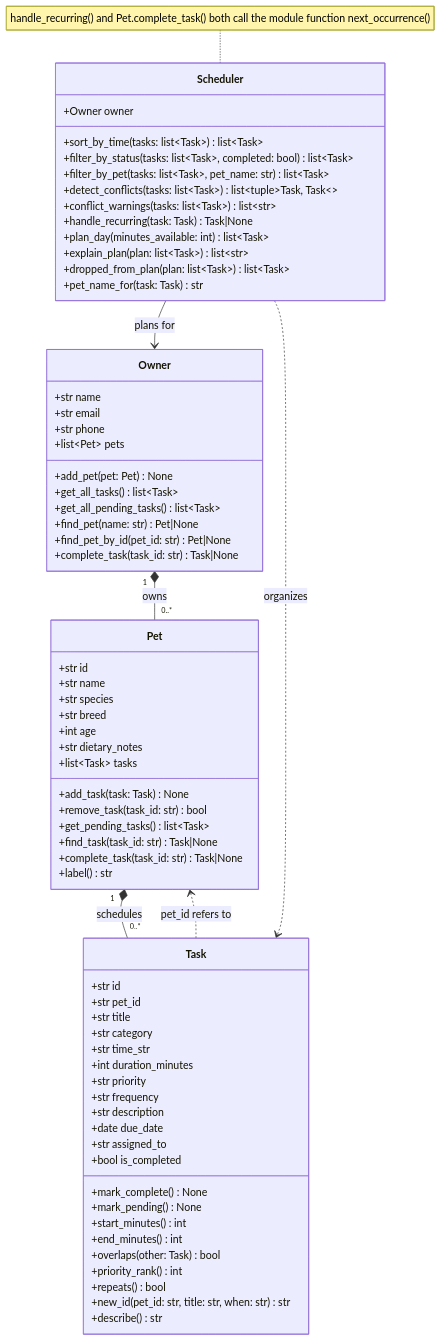
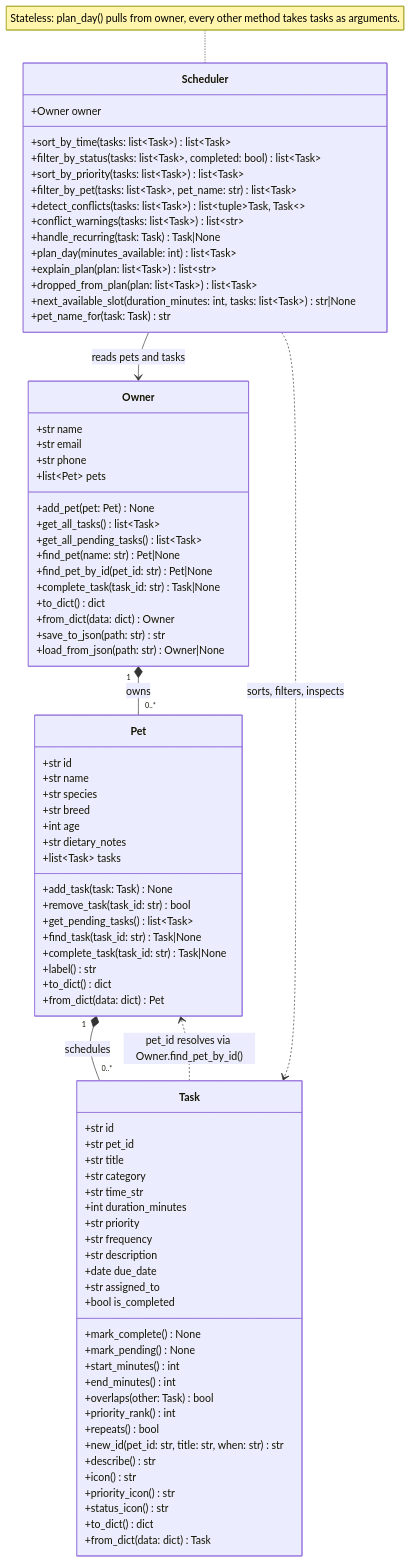
The diagram in diagrams/uml.mmd (SakxamShrestha/ai110-module2show-pawpal-starter), drawn with Mermaid before and after one commit.

Commit message:
docs: sync uml.mmd with the final diagram
The two diagram files had drifted: uml.mmd was missing the serialization
methods, save_to_json, load_from_json, sort_by_priority, next_available_slot,
and the three icon accessors. Both filenames now hold the same final diagram,
so either one read on its own matches the implementation.

```diff
--- a/diagrams/uml.mmd
+++ b/diagrams/uml.mmd
@@ -1,79 +1,101 @@
 classDiagram
-    %% Superseded by uml_final.mmd, which is the authoritative final diagram.
-    %% Kept because earlier phases referenced this filename.
-    %% PawPal+ class design -- matches pawpal_system.py
-    %% Owner holds Pets, Pet holds Tasks, Scheduler is a stateless service over Tasks.
+    %% PawPal+ final architecture -- matches pawpal_system.py as built.
+    %% Data nests from the outside in: Owner holds Pets, Pet holds Tasks.
+    %% Scheduler is a service beside that data, not a container of it.
 
     class Owner {
         +str name
         +str email
         +str phone
         +list~Pet~ pets
         +add_pet(pet: Pet) None
         +get_all_tasks() list~Task~
         +get_all_pending_tasks() list~Task~
         +find_pet(name: str) Pet|None
         +find_pet_by_id(pet_id: str) Pet|None
         +complete_task(task_id: str) Task|None
+        +to_dict() dict
+        +from_dict(data: dict) Owner
+        +save_to_json(path: str) str
+        +load_from_json(path: str) Owner|None
     }
 
     class Pet {
         +str id
         +str name
         +str species
         +str breed
         +int age
         +str dietary_notes
         +list~Task~ tasks
         +add_task(task: Task) None
         +remove_task(task_id: str) bool
         +get_pending_tasks() list~Task~
         +find_task(task_id: str) Task|None
         +complete_task(task_id: str) Task|None
         +label() str
+        +to_dict() dict
+        +from_dict(data: dict) Pet
     }
 
     class Task {
         +str id
         +str pet_id
         +str title
         +str category
         +str time_str
         +int duration_minutes
         +str priority
         +str frequency
         +str description
         +date due_date
         +str assigned_to
         +bool is_completed
         +mark_complete() None
         +mark_pending() None
         +start_minutes() int
         +end_minutes() int
         +overlaps(other: Task) bool
         +priority_rank() int
         +repeats() bool
         +new_id(pet_id: str, title: str, when: str) str
         +describe() str
+        +icon() str
+        +priority_icon() str
+        +status_icon() str
+        +to_dict() dict
+        +from_dict(data: dict) Task
     }
 
     class Scheduler {
         +Owner owner
         +sort_by_time(tasks: list~Task~) list~Task~
         +filter_by_status(tasks: list~Task~, completed: bool) list~Task~
+        +sort_by_priority(tasks: list~Task~) list~Task~
         +filter_by_pet(tasks: list~Task~, pet_name: str) list~Task~
         +detect_conflicts(tasks: list~Task~) list~tuple~Task, Task~~
         +conflict_warnings(tasks: list~Task~) list~str~
         +handle_recurring(task: Task) Task|None
         +plan_day(minutes_available: int) list~Task~
         +explain_plan(plan: list~Task~) list~str~
         +dropped_from_plan(plan: list~Task~) list~Task~
+        +next_available_slot(duration_minutes: int, tasks: list~Task~) str|None
         +pet_name_for(task: Task) str
     }
 
+    %% Composition: deleting a pet takes its tasks with it, and a task has no
+    %% meaning without the pet it belongs to.
     Owner "1" *-- "0..*" Pet : owns
     Pet "1" *-- "0..*" Task : schedules
-    Task ..> Pet : pet_id refers to
-    Scheduler --> Owner : plans for
-    Scheduler ..> Task : organizes
-    note for Scheduler "handle_recurring() and Pet.complete_task() both call the module function next_occurrence()"
+
+    %% Task stores pet_id rather than a Pet reference, which is what lets
+    %% Owner.get_all_tasks() hand the Scheduler one flat list while the UI can
+    %% still resolve a task back to its pet for display.
+    Task ..> Pet : pet_id resolves via Owner.find_pet_by_id()
+
+    %% Dependency, not ownership: the Scheduler reads the household and returns
+    %% results. It stores no tasks, so it can be tested on a hand-built list.
+    Scheduler --> Owner : reads pets and tasks
+    Scheduler ..> Task : sorts, filters, inspects
+
+    note for Scheduler "Stateless: plan_day() pulls from owner, every other method takes tasks as arguments."
```
